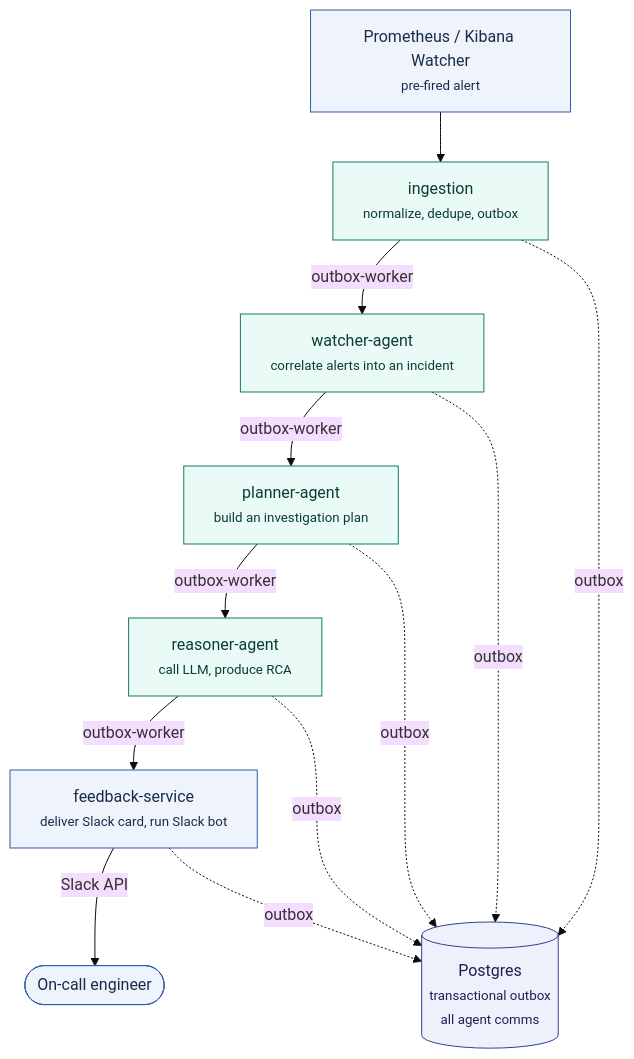
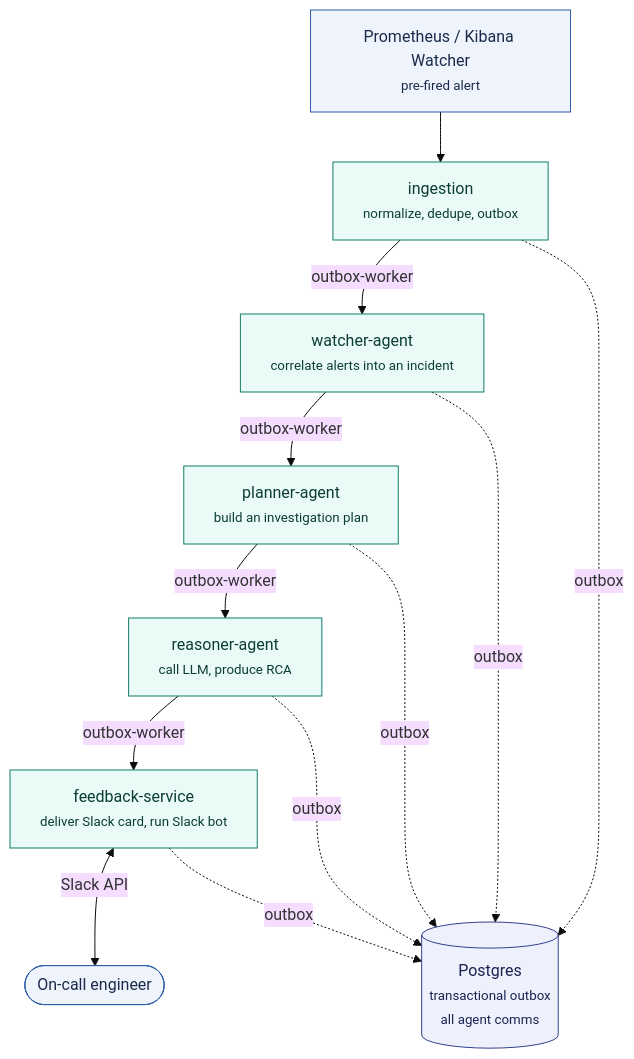
Before and after one commit to k-kohli10/radar-system: the diagram in docs/architecture/system-overview.md, drawn with Mermaid (base theme). The commit also changed 3 other files, not shown here.

First line of the commit message:
docs: polish architecture diagrams and clarify supporting-service framing

````diff
--- a/docs/architecture/system-overview.md
+++ b/docs/architecture/system-overview.md
@@ -59,32 +59,32 @@
 ```mermaid
 flowchart TB
     ext["Prometheus / Kibana Watcher<br/><small>pre-fired alert</small>"]
     ing["ingestion<br/><small>normalize, dedupe, outbox</small>"]
     watcher["watcher-agent<br/><small>correlate alerts into an incident</small>"]
     planner["planner-agent<br/><small>build an investigation plan</small>"]
     reasoner["reasoner-agent<br/><small>call LLM, produce RCA</small>"]
     feedback["feedback-service<br/><small>deliver Slack card, run Slack bot</small>"]
     oncall(["On-call engineer"])
     pg[("Postgres<br/><small>transactional outbox<br/>all agent comms</small>")]
 
     ext --> ing
     ing -- outbox-worker --> watcher
     watcher -- outbox-worker --> planner
     planner -- outbox-worker --> reasoner
     reasoner -- outbox-worker --> feedback
-    feedback -- Slack API --> oncall
+    feedback <-- Slack API --> oncall
 
     ing -. outbox .-> pg
     watcher -. outbox .-> pg
     planner -. outbox .-> pg
     reasoner -. outbox .-> pg
     feedback -. outbox .-> pg
 
     classDef external fill:#eef3fc,stroke:#2f5fa8,color:#1a2b4a;
     classDef agent fill:#eafaf6,stroke:#127d69,color:#0b3d33;
     classDef store fill:#eef1fb,stroke:#33418f,color:#1a2350;
 
-    class ext,feedback,oncall external
-    class ing,watcher,planner,reasoner agent
+    class ext,oncall external
+    class ing,watcher,planner,reasoner,feedback agent
     class pg store
 ```
````
